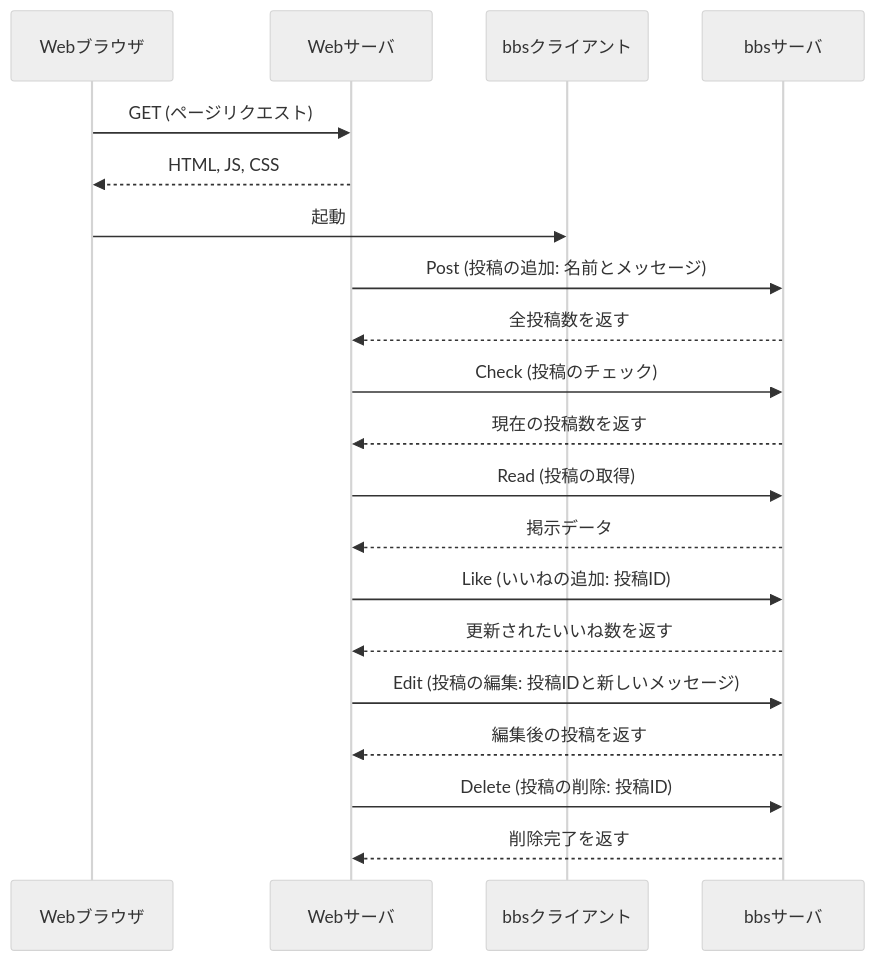
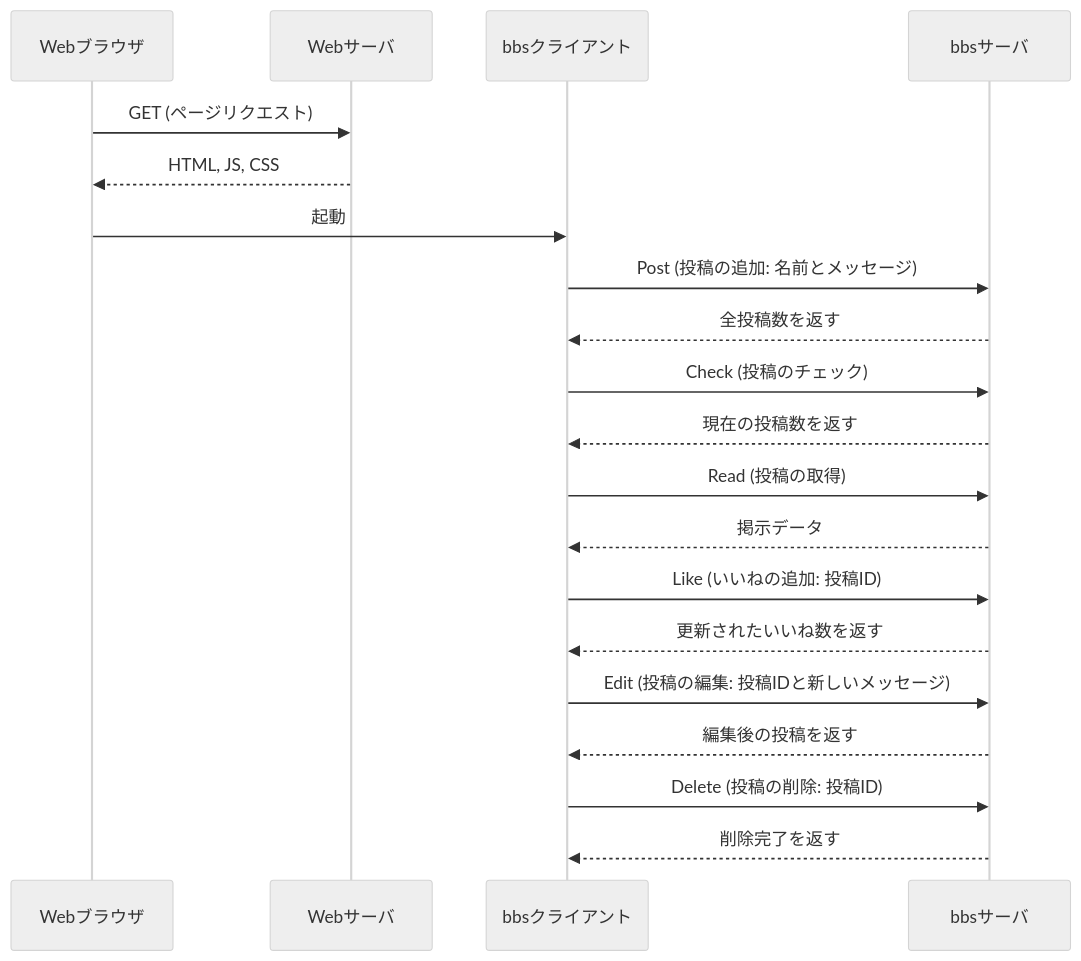
The fourth of 4 diagrams in README.md (Kooxxx/webpro_06), drawn with Mermaid (neutral theme) before and after one commit. The commit also changed 3 other files, not shown here.

````diff
--- a/README.md
+++ b/README.md
@@ -133,38 +133,38 @@
 ```mermaid
 sequenceDiagram
     participant Browser as Webブラウザ
     participant WebServer as Webサーバ
     participant Client as bbsクライアント
     participant Server as bbsサーバ
 
     Browser->>WebServer: GET (ページリクエスト)
     WebServer-->>Browser: HTML, JS, CSS
     Browser->>Client: 起動
 
     
-    WebServer->>Server: Post (投稿の追加: 名前とメッセージ)
-    Server-->>WebServer: 全投稿数を返す
+    Client->>Server: Post (投稿の追加: 名前とメッセージ)
+    Server-->>Client: 全投稿数を返す
     
 
     
-    WebServer->>Server: Check (投稿のチェック)
-    Server-->>WebServer: 現在の投稿数を返す
+    Client->>Server: Check (投稿のチェック)
+    Server-->>Client: 現在の投稿数を返す
    
 
    
-    WebServer->>Server: Read (投稿の取得)
-    Server-->>WebServer: 掲示データ
+    Client->>Server: Read (投稿の取得)
+    Server-->>Client: 掲示データ
     
     
-    WebServer->>Server: Like (いいねの追加: 投稿ID)
-    Server-->>WebServer: 更新されたいいね数を返す
+    Client->>Server: Like (いいねの追加: 投稿ID)
+    Server-->>Client: 更新されたいいね数を返す
     
     
-    WebServer->>Server: Edit (投稿の編集: 投稿IDと新しいメッセージ)
-    Server-->>WebServer: 編集後の投稿を返す
+    Client->>Server: Edit (投稿の編集: 投稿IDと新しいメッセージ)
+    Server-->>Client: 編集後の投稿を返す
    
 
    
-    WebServer->>Server: Delete (投稿の削除: 投稿ID)
-    Server-->>WebServer: 削除完了を返す
+    Client->>Server: Delete (投稿の削除: 投稿ID)
+    Server-->>Client: 削除完了を返す
 ```
````
